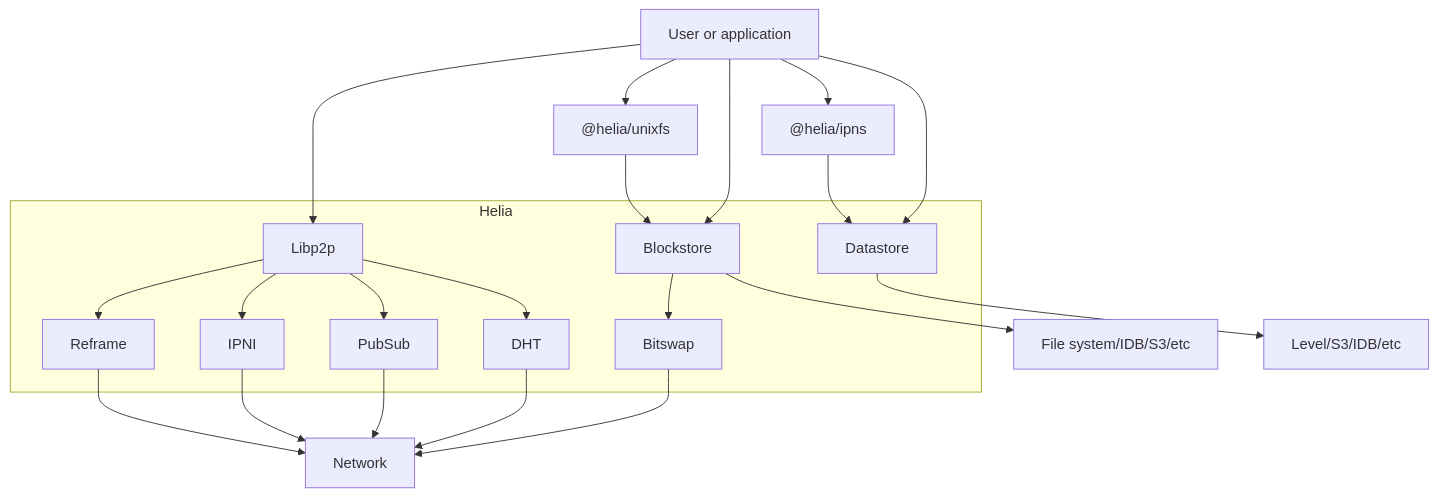
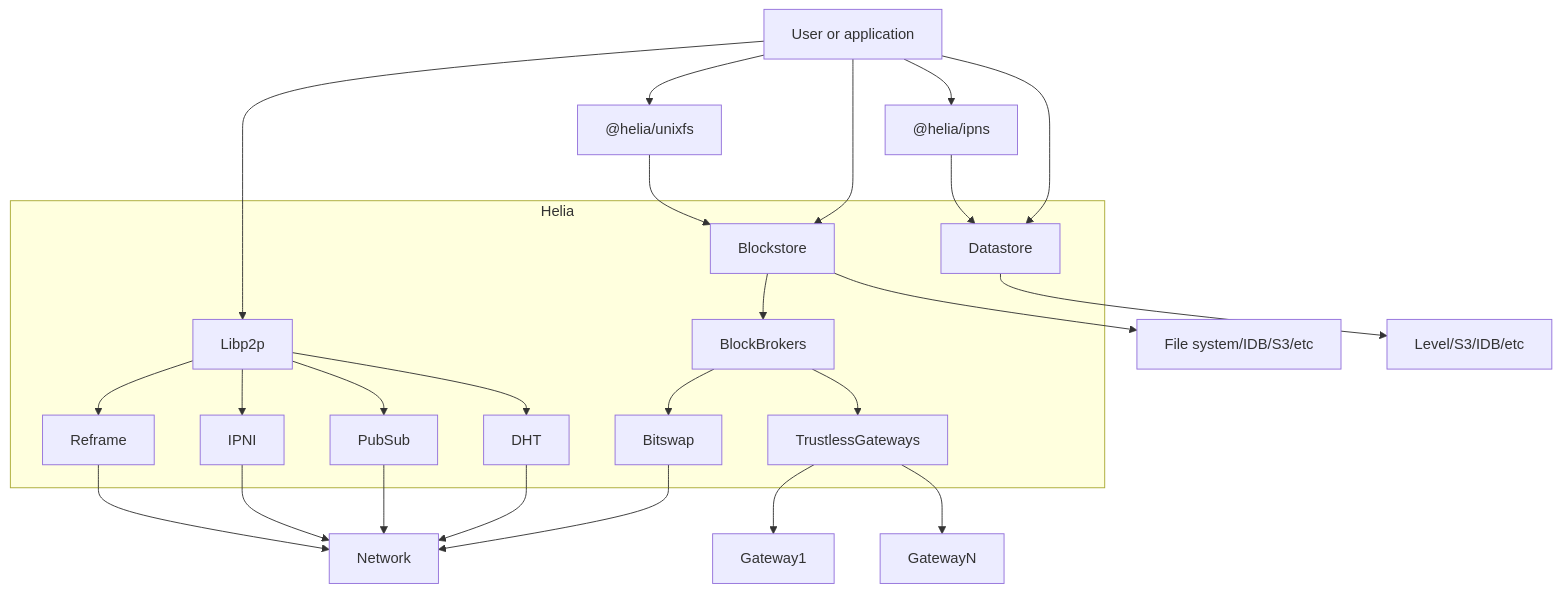
One commit to ipfs/helia changed the diagram in README.md. Above: the diagram before and after it, drawn with Mermaid.

Commit message:
docs(diagram): add blockBrokers to system diagram
fixes https://github.com/ipfs/helia/issues/272

````diff
--- a/README.md
+++ b/README.md
@@ -130,25 +130,29 @@
 ```mermaid
 graph TD;
     User["User or application"]-->IPNS["@helia/ipns"];
     User-->UnixFS["@helia/unixfs"];
     User-->Libp2p;
     User-->Datastore;
     User-->Blockstore;
     UnixFS-->Blockstore;
     IPNS-->Datastore;
     subgraph helia [Helia]
       Datastore
-      Blockstore-->Bitswap;
+      Blockstore-->BlockBrokers;
+      BlockBrokers-->Bitswap;
+      BlockBrokers-->TrustlessGateways;
       Libp2p-->DHT;
       Libp2p-->PubSub;
       Libp2p-->IPNI;
       Libp2p-->Reframe;
     end
-    Blockstore-->BlockStorage["File system/IDB/S3/etc"]
-    Datastore-->DataStorage["Level/S3/IDB/etc"]
+    Blockstore-->BlockStorage["File system/IDB/S3/etc"];
+    Datastore-->DataStorage["Level/S3/IDB/etc"];
     Bitswap-->Network;
+    TrustlessGateways-->Gateway1;
+    TrustlessGateways-->GatewayN;
     DHT-->Network;
     PubSub-->Network;
     IPNI-->Network;
     Reframe-->Network;
 ```
````
